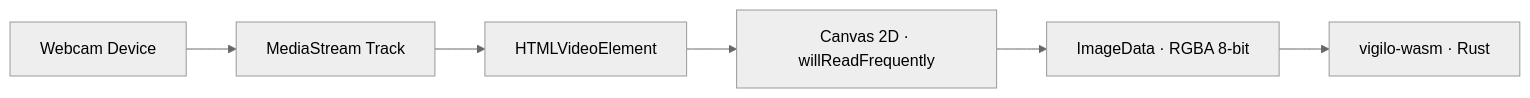
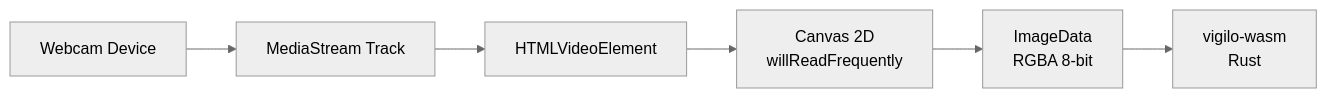
The diagram in docs/guide/camera-canvas.md (Abdullah-Masood-05/vigilo-wasm), drawn with Mermaid (neutral theme) before and after one commit. The commit also changed 2 other files, not shown here.

Commit message:
docs: break long diagram labels onto two lines, shorten subgraph titles
Two-part labels such as "Canvas 2D / willReadFrequently" now carry an explicit
line break instead of relying on the renderer to wrap them, and the subgraph
titles are no longer wider than the nodes they wrap -- "onnxruntime-web · WebGPU
/ SIMD" overflowed its cluster border, so the backend detail moved into the
inference node where it fits.

````diff
--- a/docs/guide/camera-canvas.md
+++ b/docs/guide/camera-canvas.md
@@ -11,8 +11,8 @@
 ```mermaid
 graph LR
     Dev["Webcam Device"] --> Stream["MediaStream Track"]
     Stream --> Video["HTMLVideoElement"]
-    Video --> Ctx["Canvas 2D · willReadFrequently"]
-    Ctx --> Data["ImageData · RGBA 8-bit"]
-    Data --> Wasm["vigilo-wasm · Rust"]
+    Video --> Ctx["Canvas 2D<br/>willReadFrequently"]
+    Ctx --> Data["ImageData<br/>RGBA 8-bit"]
+    Data --> Wasm["vigilo-wasm<br/>Rust"]
 ```
````
